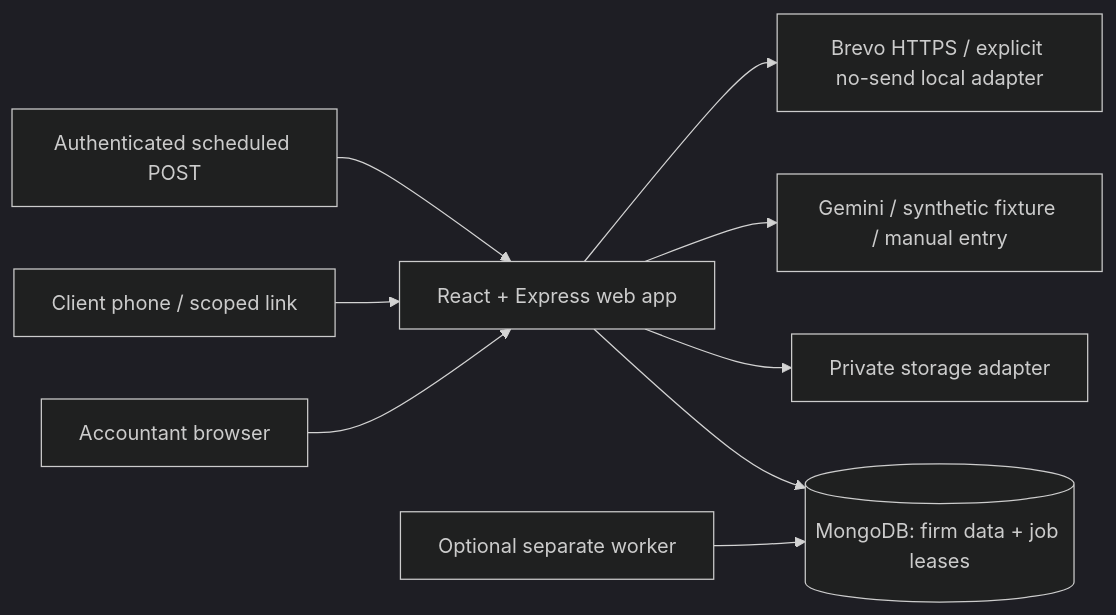
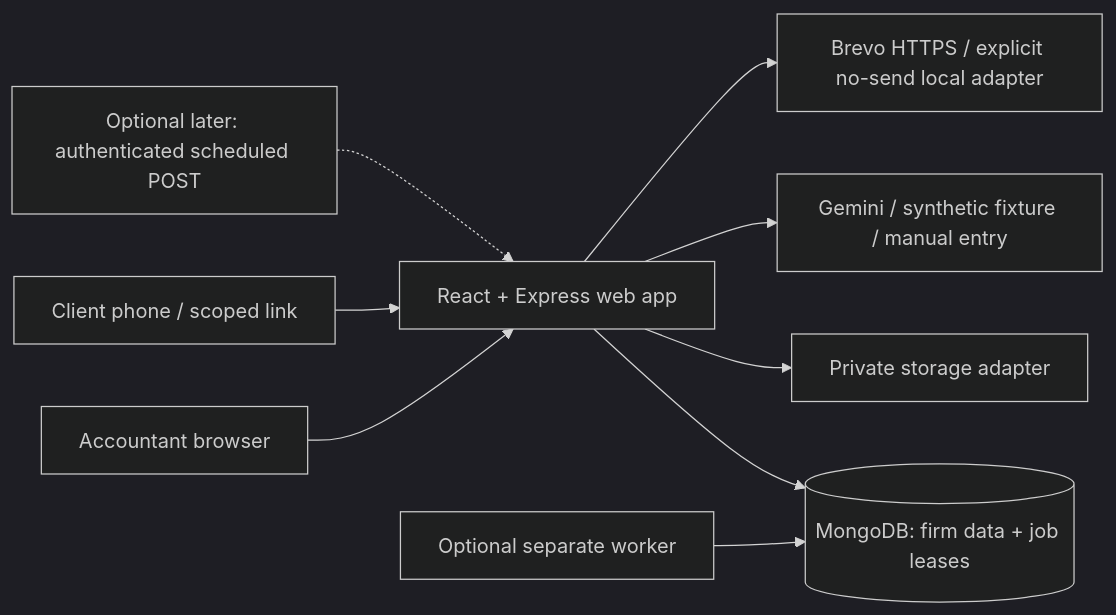
The first of 3 diagrams in docs/ARCHITECTURE.md (Anant-vj/doc_chase_v0), drawn with Mermaid (dark theme) before and after one commit. The commit also changed other lines of this file and 23 other files, not shown here.

````diff
--- a/docs/ARCHITECTURE.md
+++ b/docs/ARCHITECTURE.md
@@ -3,11 +3,11 @@
 ```mermaid
 flowchart LR
   Firm[Accountant browser] --> Web[React + Express web app]
   Client[Client phone / scoped link] --> Web
-  Cron[Authenticated scheduled POST] --> Web
+  Cron[Optional later: authenticated scheduled POST] -.-> Web
   Web --> Mongo[(MongoDB: firm data + job leases)]
   Web --> Files[Private storage adapter]
   Worker[Optional separate worker] --> Mongo
   Web --> Extract[Gemini / synthetic fixture / manual entry]
   Web --> Mail[Brevo HTTPS / explicit no-send local adapter]
 ```
````
